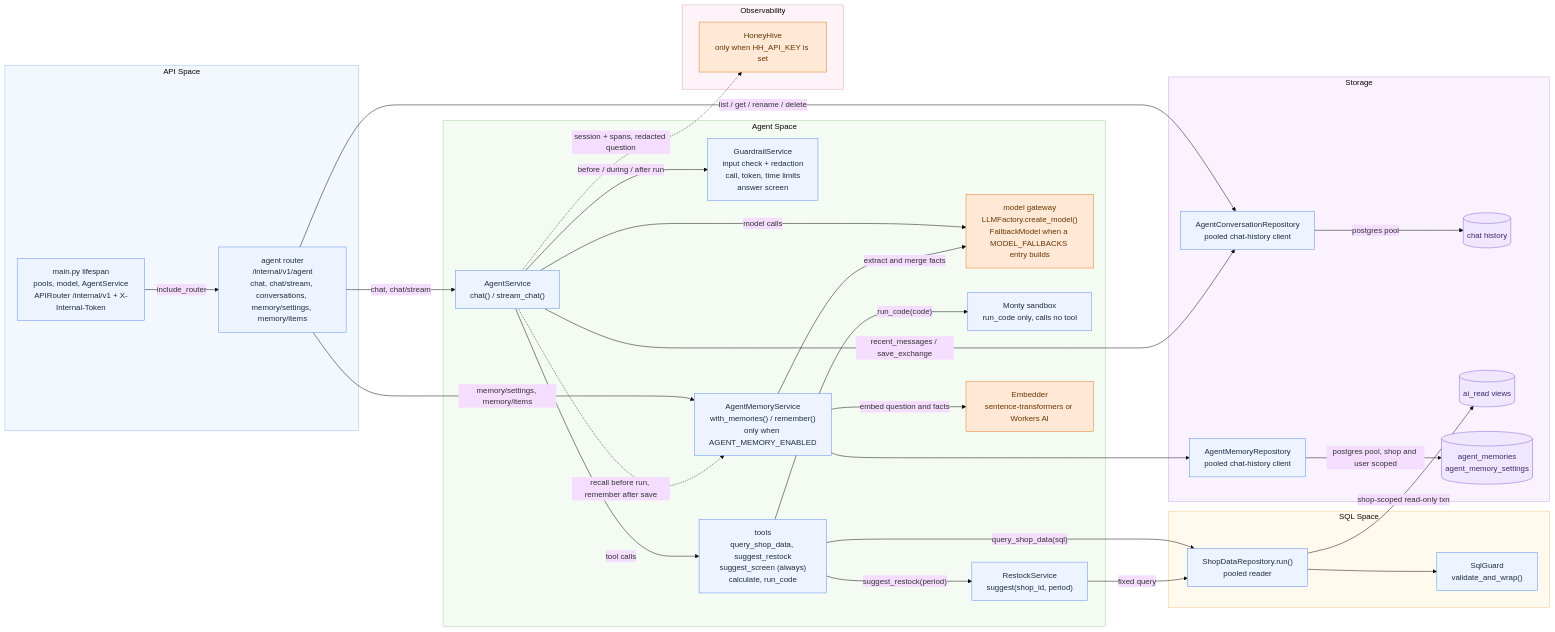
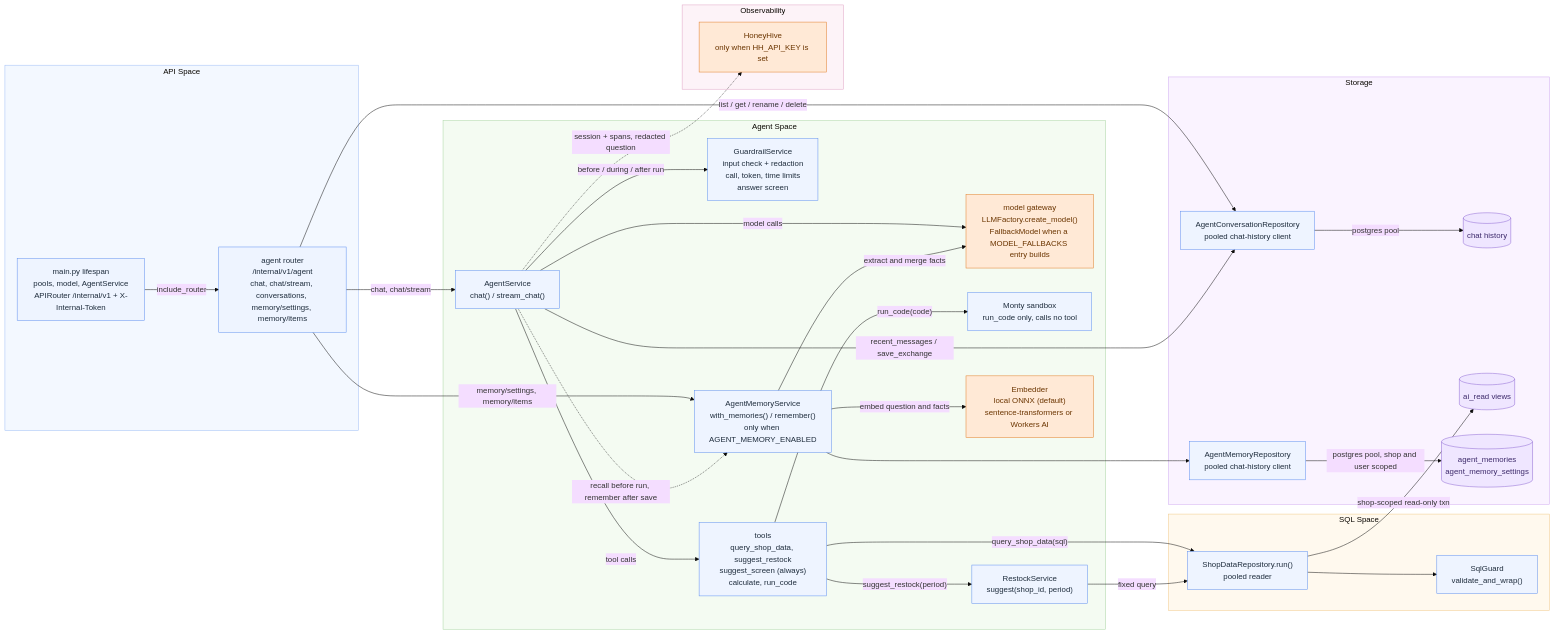
One commit to miphu2804/smart-ledger changed diagram 13 of 14 in docs/architecture/service-walkthrough/README.md. Above: the diagram before and after it, drawn with Mermaid (base theme). The commit also changed other lines of this file and 55 other files, not shown here.

````diff
--- a/docs/architecture/service-walkthrough/README.md
+++ b/docs/architecture/service-walkthrough/README.md
@@ -609,68 +611,68 @@
 ```mermaid
 flowchart LR
     subgraph API["API Space"]
         MAIN["main.py lifespan<br/>pools, model, AgentService<br/>APIRouter /internal/v1 + X-Internal-Token"]
         ROUTER["agent router<br/>/internal/v1/agent<br/>chat, chat/stream, conversations, memory/settings, memory/items"]
     end
 
     subgraph Agent["Agent Space"]
         SVC["AgentService<br/>chat() / stream_chat()"]
         GUARD["GuardrailService<br/>input check + redaction<br/>call, token, time limits<br/>answer screen"]
         MODEL["model gateway<br/>LLMFactory.create_model()<br/>FallbackModel when a MODEL_FALLBACKS entry builds"]
         TOOLS["tools<br/>query_shop_data, suggest_restock<br/>suggest_screen (always)<br/>calculate, run_code"]
         SANDBOX["Monty sandbox<br/>run_code only, calls no tool"]
         RESTOCK["RestockService<br/>suggest(shop_id, period)"]
         MEM["AgentMemoryService<br/>with_memories() / remember()<br/>only when AGENT_MEMORY_ENABLED"]
-        EMB["Embedder<br/>sentence-transformers or Workers AI"]
+        EMB["Embedder<br/>local ONNX (default)<br/>sentence-transformers or Workers AI"]
     end
 
     subgraph SQL["SQL Space"]
         EXEC["ShopDataRepository.run()<br/>pooled reader"]
         SG["SqlGuard<br/>validate_and_wrap()"]
     end
 
     subgraph Store["Storage"]
         REPO["AgentConversationRepository<br/>pooled chat-history client"]
         PG[("chat history")]
         VIEWS[("ai_read views")]
         MREPO["AgentMemoryRepository<br/>pooled chat-history client"]
         MEMDB[("agent_memories<br/>agent_memory_settings")]
     end
 
     subgraph Obs["Observability"]
         LF["HoneyHive<br/>only when HH_API_KEY is set"]
     end
 
     MAIN -->|"include_router"| ROUTER
     ROUTER -->|"chat, chat/stream"| SVC
     ROUTER -->|"list / get / rename / delete"| REPO
     SVC -->|"before / during / after run"| GUARD
     SVC -->|"model calls"| MODEL
     SVC -->|"tool calls"| TOOLS
     SVC -->|"recent_messages / save_exchange"| REPO
     SVC -.->|"session + spans, redacted question"| LF
     TOOLS -->|"query_shop_data(sql)"| EXEC
     TOOLS -->|"suggest_restock(period)"| RESTOCK -->|"fixed query"| EXEC
     TOOLS -->|"run_code(code)"| SANDBOX
     EXEC --> SG
     EXEC -->|"shop-scoped read-only txn"| VIEWS
     REPO -->|"postgres pool"| PG
     ROUTER -->|"memory/settings, memory/items"| MEM
     SVC -.->|"recall before run, remember after save"| MEM
     MEM -->|"embed question and facts"| EMB
     MEM -->|"extract and merge facts"| MODEL
     MEM --> MREPO -->|"postgres pool, shop and user scoped"| MEMDB
     classDef default fill:#eef4ff,stroke:#5b8def,color:#1f2d3d
     classDef decision fill:#fff4cc,stroke:#d4a017,color:#5c4400
     classDef error fill:#fde2e1,stroke:#d9534f,color:#8a1f1b
     classDef terminal fill:#dff5e3,stroke:#3c9d5d,color:#1e5631
     classDef store fill:#efe6ff,stroke:#8a63d2,color:#3d2a6b
     classDef shared fill:#ffe9d6,stroke:#e07b24,color:#6b3500
     class PG,VIEWS,MEMDB store
     class MODEL,LF,EMB shared
     style API fill:#f3f8ff,stroke:#9dbcf5
     style Agent fill:#f4fbf2,stroke:#a8d5a2
     style SQL fill:#fff9ee,stroke:#f0c987
     style Store fill:#faf3ff,stroke:#cfa8f0
     style Obs fill:#fdf3f8,stroke:#e0a3c4
 ```
````
